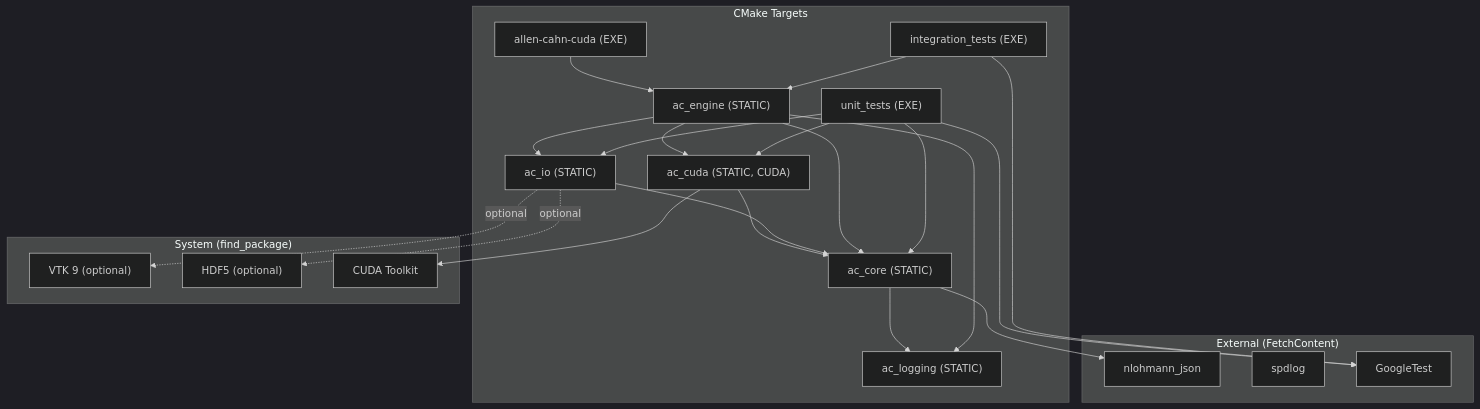
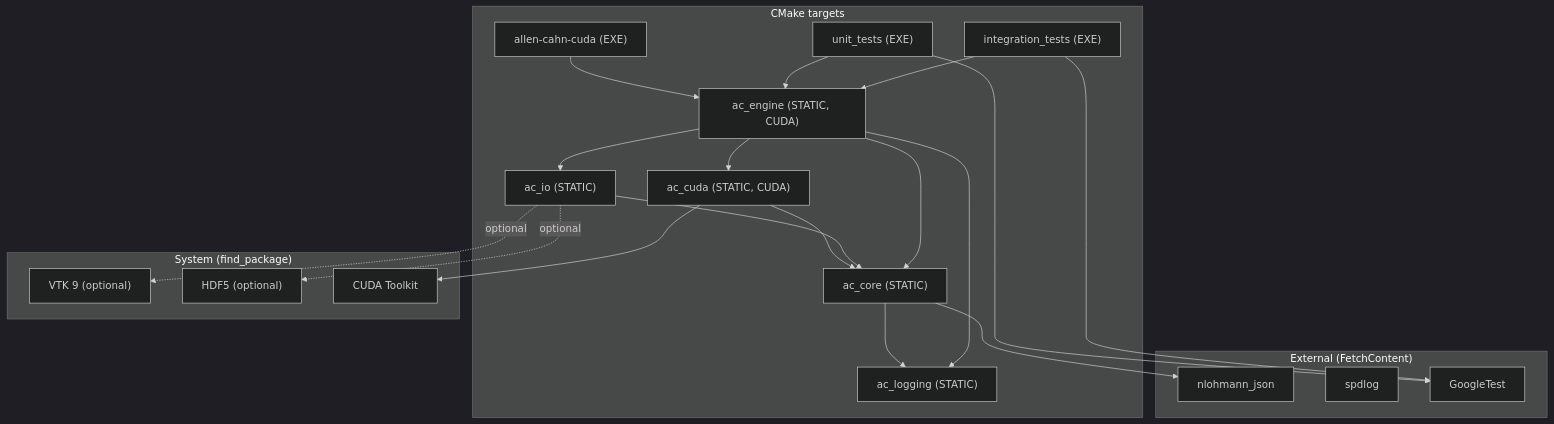
One commit to myousefi2016/Allen-Cahn-CUDA changed the ninth of 9 diagrams in docs/ARCHITECTURE.md. Above: the diagram before and after it, drawn with Mermaid (dark theme). The commit also changed other lines of this file and 3 other files, not shown here.

First line of the commit message:
Documentation: rewrite README, ARCHITECTURE, DESIGN, THEORY for full code parity

````diff
--- a/docs/ARCHITECTURE.md
+++ b/docs/ARCHITECTURE.md
@@ -314,34 +426,40 @@
 ```mermaid
 graph TB
-    subgraph "CMake Targets"
-        ac_logging["ac_logging (STATIC)"]
-        ac_core["ac_core (STATIC)"]
-        ac_cuda["ac_cuda (STATIC, CUDA)"]
-        ac_io["ac_io (STATIC)"]
-        ac_engine["ac_engine (STATIC)"]
-        exe["allen-cahn-cuda (EXE)"]
-        unit["unit_tests (EXE)"]
-        integ["integration_tests (EXE)"]
+    subgraph Targets["CMake targets"]
+        L["ac_logging (STATIC)"]
+        C["ac_core (STATIC)"]
+        Cu["ac_cuda (STATIC, CUDA)"]
+        I["ac_io (STATIC)"]
+        E["ac_engine (STATIC, CUDA)"]
+        X["allen-cahn-cuda (EXE)"]
+        U["unit_tests (EXE)"]
+        T["integration_tests (EXE)"]
+    end
+    subgraph External["External (FetchContent)"]
+        J["nlohmann_json"]
+        S["spdlog"]
+        G["GoogleTest"]
+    end
+    subgraph System["System (find_package)"]
+        V["VTK 9 (optional)"]
+        H["HDF5 (optional)"]
+        Cuda["CUDA Toolkit"]
     end
 
-    subgraph "External (FetchContent)"
-        json["nlohmann_json"]
-        spdlog["spdlog"]
-        gtest["GoogleTest"]
-    end
-
-    subgraph "System (find_package)"
-        vtk["VTK 9 (optional)"]
-        hdf5["HDF5 (optional)"]
-        cuda["CUDA Toolkit"]
-    end
-
-    ac_core --> ac_logging & json
-    ac_cuda --> ac_core & cuda
-    ac_io --> ac_core
-    ac_io -.->|optional| vtk & hdf5
-    ac_engine --> ac_core & ac_cuda & ac_io & ac_logging
-    exe --> ac_engine
-    unit --> gtest & ac_core & ac_cuda & ac_io
-    integ --> gtest & ac_engine
+    C --> L
+    C --> J
+    Cu --> C
+    Cu --> Cuda
+    I --> C
+    I -.optional.-> V
+    I -.optional.-> H
+    E --> C
+    E --> Cu
+    E --> I
+    E --> L
+    X --> E
+    U --> G
+    U --> E
+    T --> G
+    T --> E
 ```
````
